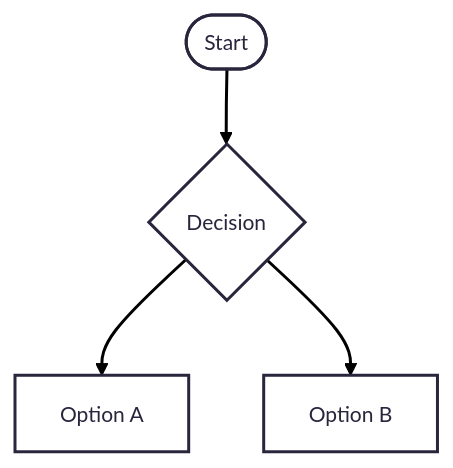
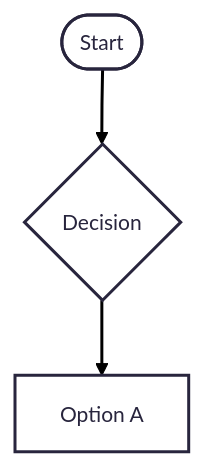
Before and after one commit to TejasK-heap/TestReo: the diagram in flowchart.mmd, drawn with Mermaid.

Commit message:
Mermaid updated this diagram

```diff
--- a/flowchart.mmd
+++ b/flowchart.mmd
@@ -1,9 +1,8 @@
 ---
 config:
       theme: redux
 ---
 flowchart TD
         A(["Start"])
         A --> B{"Decision"}
         B --> C["Option A"]
-        B --> D["Option B"]
```
